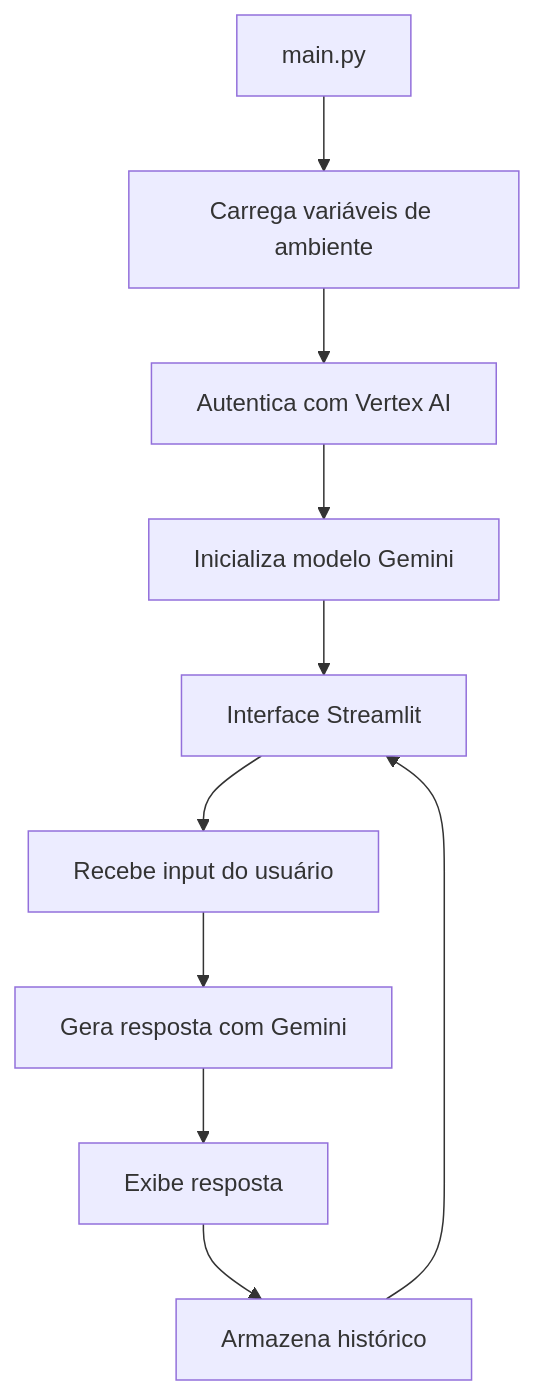
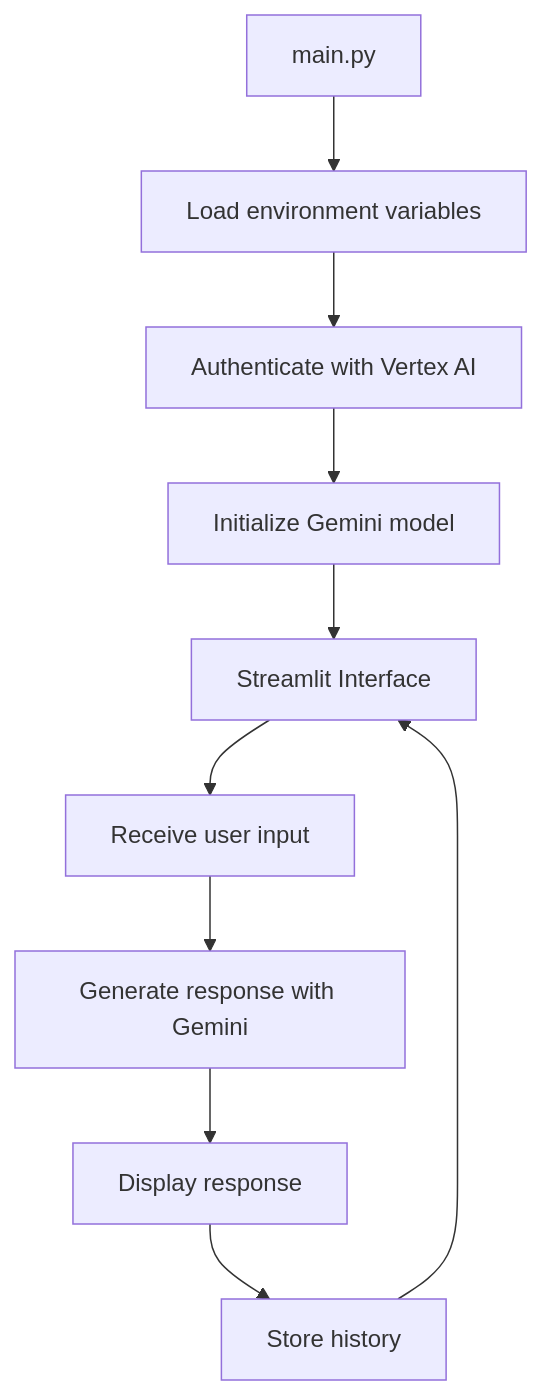
The diagram in README.md (mendesalex89/Vertex_AI), drawn with Mermaid before and after one commit. The commit also changed other lines of this file, not shown here.

Commit message:
vertex_ai

````diff
--- a/README.md
+++ b/README.md
@@ -54,12 +54,12 @@
 ```mermaid
 graph TD
-    A[main.py] --> B[Carrega variáveis de ambiente]
-    B --> C[Autentica com Vertex AI]
-    C --> D[Inicializa modelo Gemini]
-    D --> E[Interface Streamlit]
-    E --> F[Recebe input do usuário]
-    F --> G[Gera resposta com Gemini]
-    G --> H[Exibe resposta]
-    H --> I[Armazena histórico]
+    A[main.py] --> B[Load environment variables]
+    B --> C[Authenticate with Vertex AI]
+    C --> D[Initialize Gemini model]
+    D --> E[Streamlit Interface]
+    E --> F[Receive user input]
+    F --> G[Generate response with Gemini]
+    G --> H[Display response]
+    H --> I[Store history]
     I --> E
 ```
````
